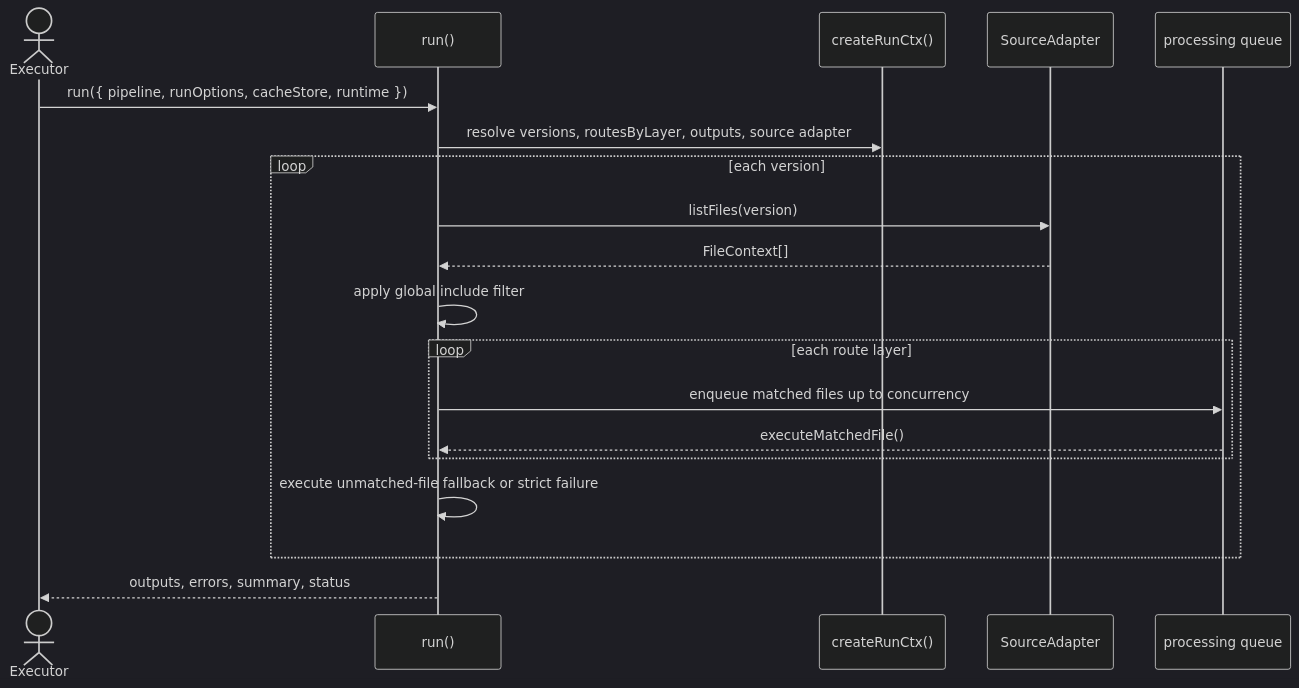
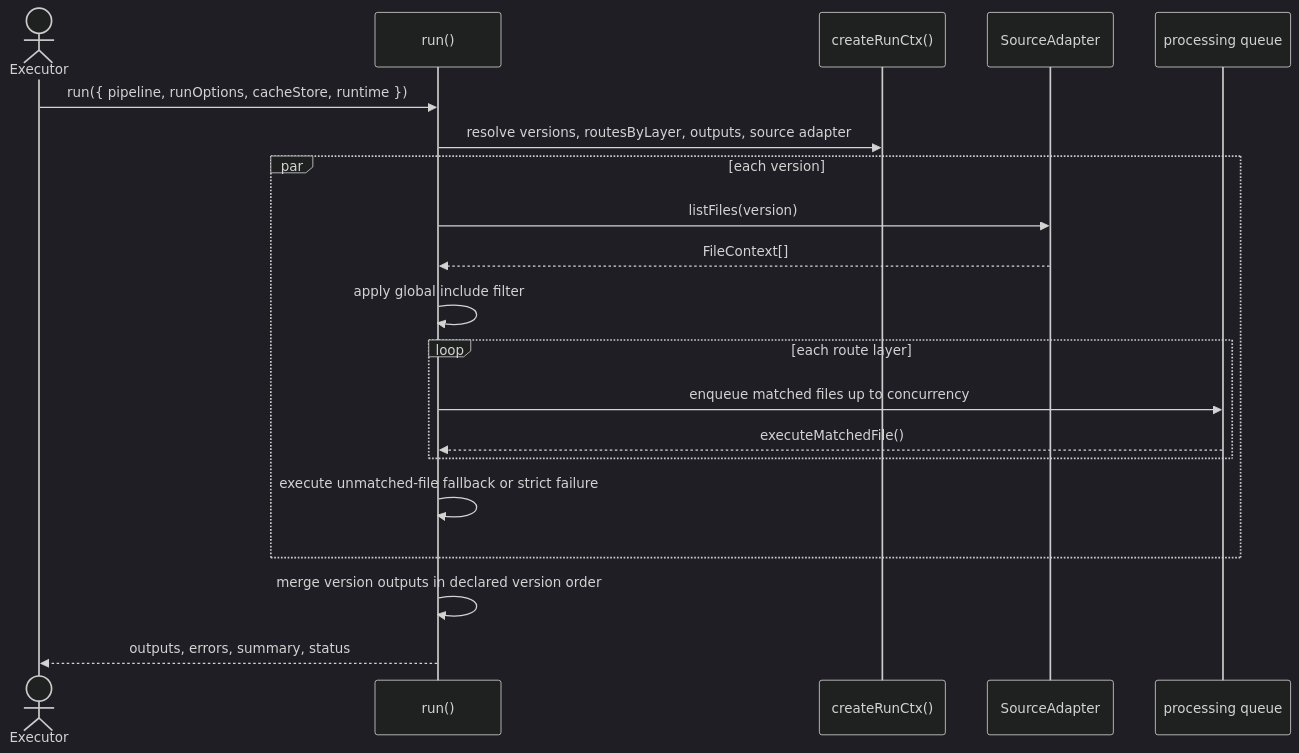
Before and after one commit to ucdjs/ucd: the second of 3 diagrams in apps/docs/content/architecture/packages/pipelines/executor.mdx, drawn with Mermaid (dark theme). The commit also changed other lines of this file and 9 other files, not shown here.

First line of the commit message:
feat(pipeline-executor): enhance run() for concurrent version execution and output merging

````diff
--- a/apps/docs/content/architecture/packages/pipelines/executor.mdx
+++ b/apps/docs/content/architecture/packages/pipelines/executor.mdx
@@ -65,22 +65,23 @@
 ```mermaid
 sequenceDiagram
   actor Executor
   participant Run as run()
   participant Ctx as createRunCtx()
   participant Source as SourceAdapter
   participant Queue as processing queue
 
   Executor->>Run: run({ pipeline, runOptions, cacheStore, runtime })
   Run->>Ctx: resolve versions, routesByLayer, outputs, source adapter
-  loop each version
+  par each version
     Run->>Source: listFiles(version)
     Source-->>Run: FileContext[]
     Run->>Run: apply global include filter
     loop each route layer
       Run->>Queue: enqueue matched files up to concurrency
       Queue-->>Run: executeMatchedFile()
     end
     Run->>Run: execute unmatched-file fallback or strict failure
   end
+  Run->>Run: merge version outputs in declared version order
   Run-->>Executor: outputs, errors, summary, status
 ```
````
